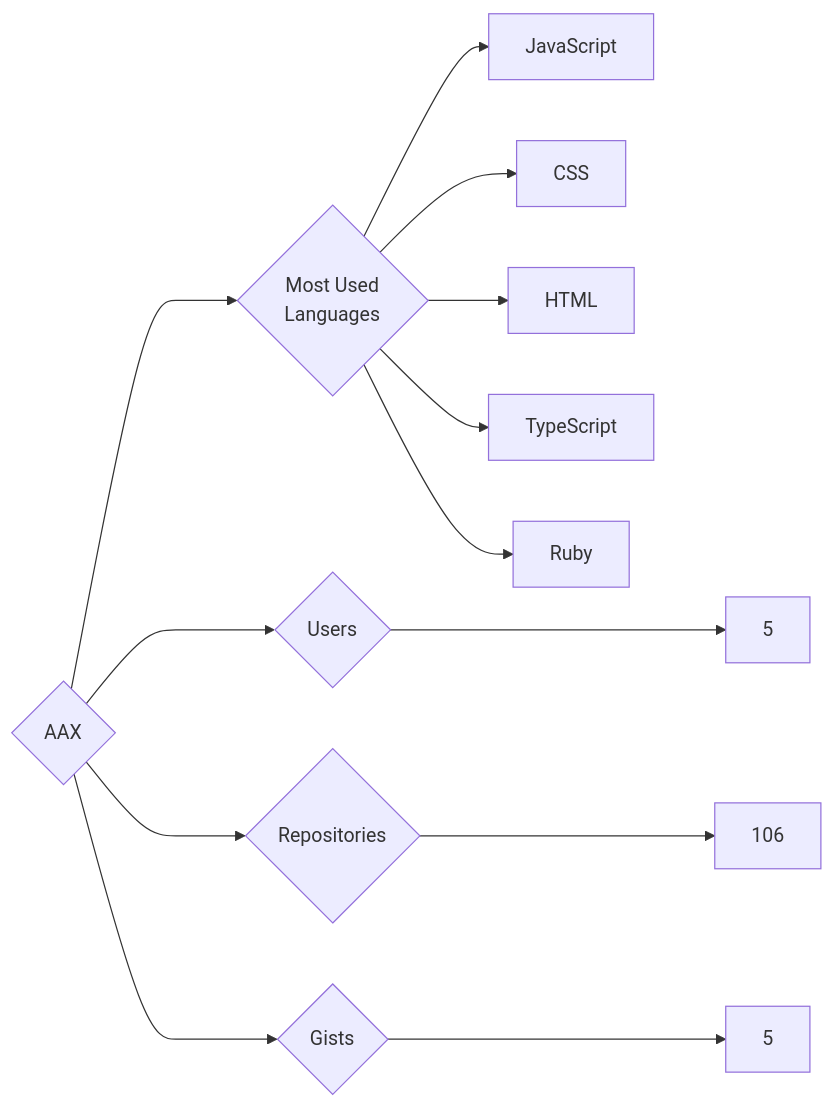
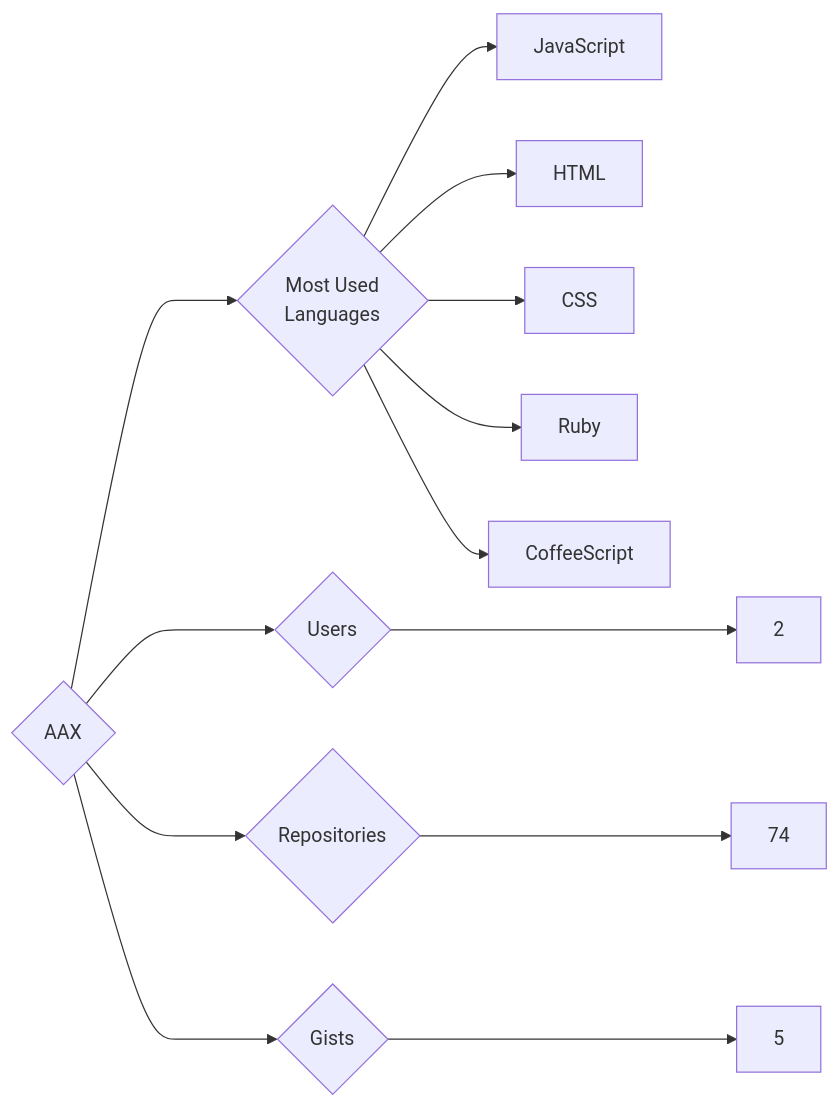
The diagram in targets/AAX/README.md (trickest/insiders), drawn with Mermaid before and after one commit. The commit also changed 1055 other files, not shown here.

````diff
--- a/targets/AAX/README.md
+++ b/targets/AAX/README.md
@@ -3,13 +3,13 @@
 ```mermaid
 graph LR
 COMPANY_NAME{AAX}
-COMPANY_NAME ---> U{Users} ---> UN[5]
-COMPANY_NAME ---> R{Repositories} ---> RN[106]
+COMPANY_NAME ---> U{Users} ---> UN[2]
+COMPANY_NAME ---> R{Repositories} ---> RN[74]
 COMPANY_NAME ---> G{Gists} ---> GN[5]
 COMPANY_NAME ---> ML{Most Used<br>Languages}
 ML --> JavaScript[JavaScript]
+ML --> HTML[HTML]
 ML --> CSS[CSS]
-ML --> HTML[HTML]
-ML --> TypeScript[TypeScript]
 ML --> Ruby[Ruby]
+ML --> CoffeeScript[CoffeeScript]
 ```
````
